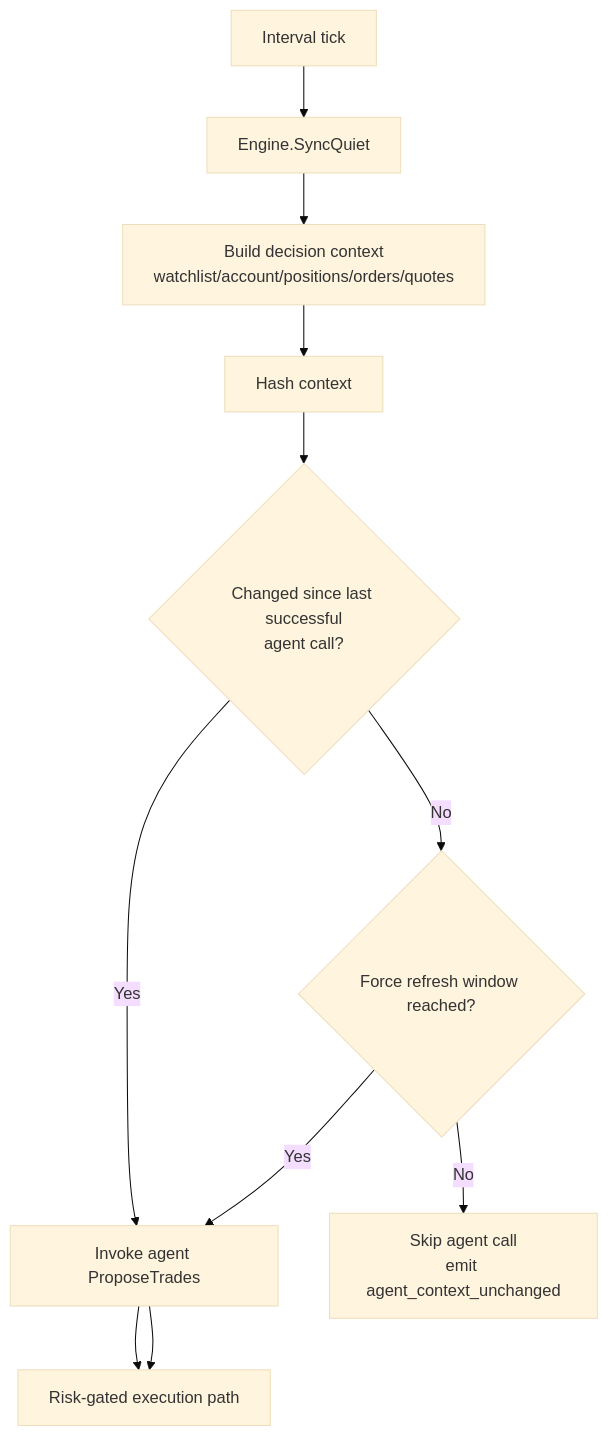
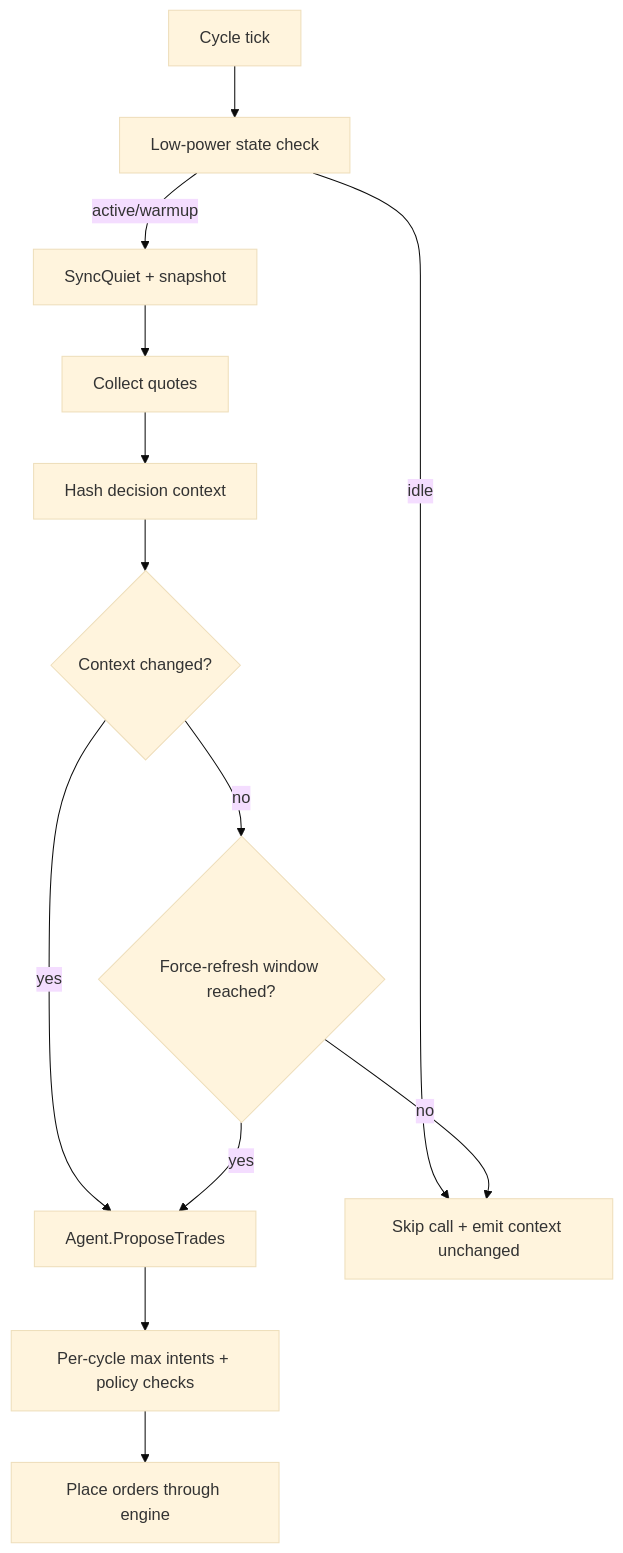
One commit to nerdstep/helix-tui changed the fourth of 7 diagrams in docs/architecture.md. Above: the diagram before and after it, drawn with Mermaid (base theme). The commit also changed other lines of this file and 8 other files, not shown here.

````diff
--- a/docs/architecture.md
+++ b/docs/architecture.md
@@ -125,18 +102,22 @@
 ```mermaid
 flowchart TD
-    TICK[Interval tick]
-    SYNC[Engine.SyncQuiet]
-    BUILD[Build decision context<br/>watchlist/account/positions/orders/quotes]
-    HASH[Hash context]
-    CHANGED{Changed since last successful<br/>agent call?}
-    FORCE{Force refresh window reached?}
-    CALL[Invoke agent ProposeTrades]
-    SKIP[Skip agent call<br/>emit agent_context_unchanged]
-    EXEC[Risk-gated execution path]
+    TICK[Cycle tick]
+    LOWP[Low-power state check]
+    SYNC[SyncQuiet + snapshot]
+    QUOTES[Collect quotes]
+    HASH[Hash decision context]
+    CHANGED{Context changed?}
+    FORCE{Force-refresh window reached?}
+    CALL[Agent.ProposeTrades]
+    FILTER[Per-cycle max intents + policy checks]
+    EXEC[Place orders through engine]
+    SKIP[Skip call + emit context unchanged]
 
-    TICK --> SYNC --> BUILD --> HASH --> CHANGED
-    CHANGED -->|Yes| CALL --> EXEC
-    CHANGED -->|No| FORCE
-    FORCE -->|Yes| CALL --> EXEC
-    FORCE -->|No| SKIP
+    TICK --> LOWP
+    LOWP -->|idle| SKIP
+    LOWP -->|active/warmup| SYNC --> QUOTES --> HASH --> CHANGED
+    CHANGED -->|yes| CALL --> FILTER --> EXEC
+    CHANGED -->|no| FORCE
+    FORCE -->|yes| CALL
+    FORCE -->|no| SKIP
 ```
````
